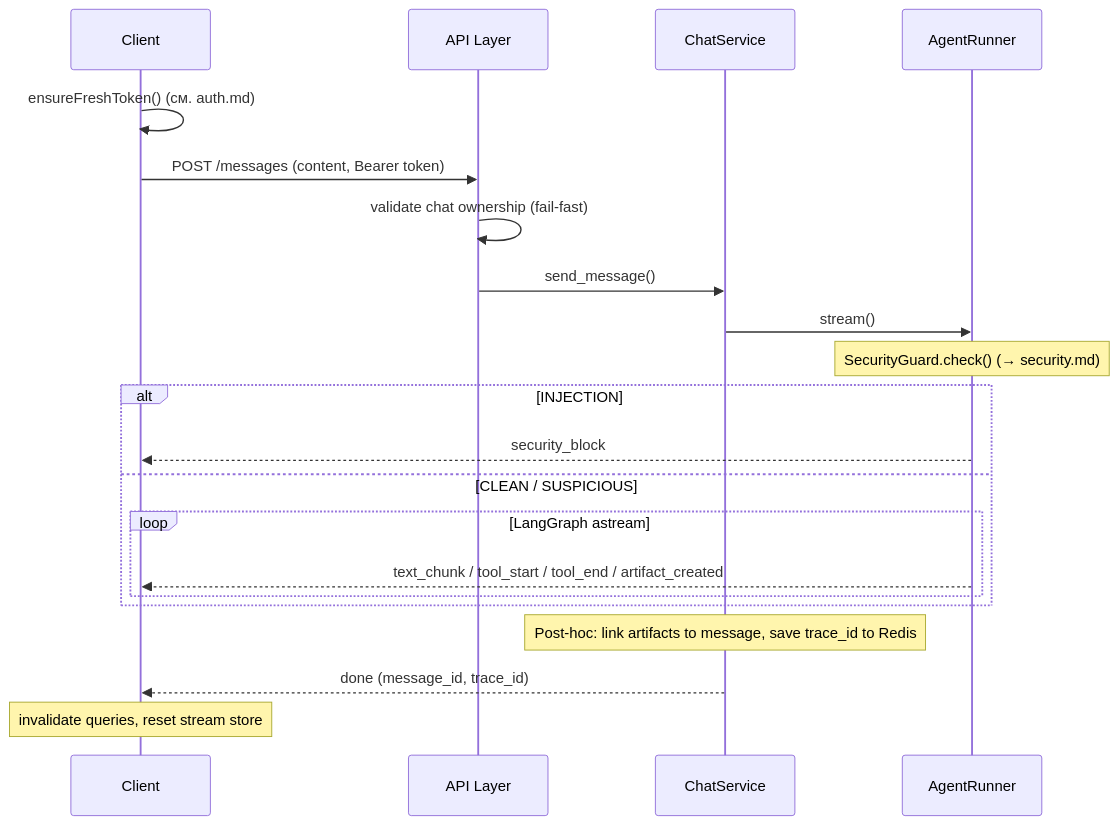
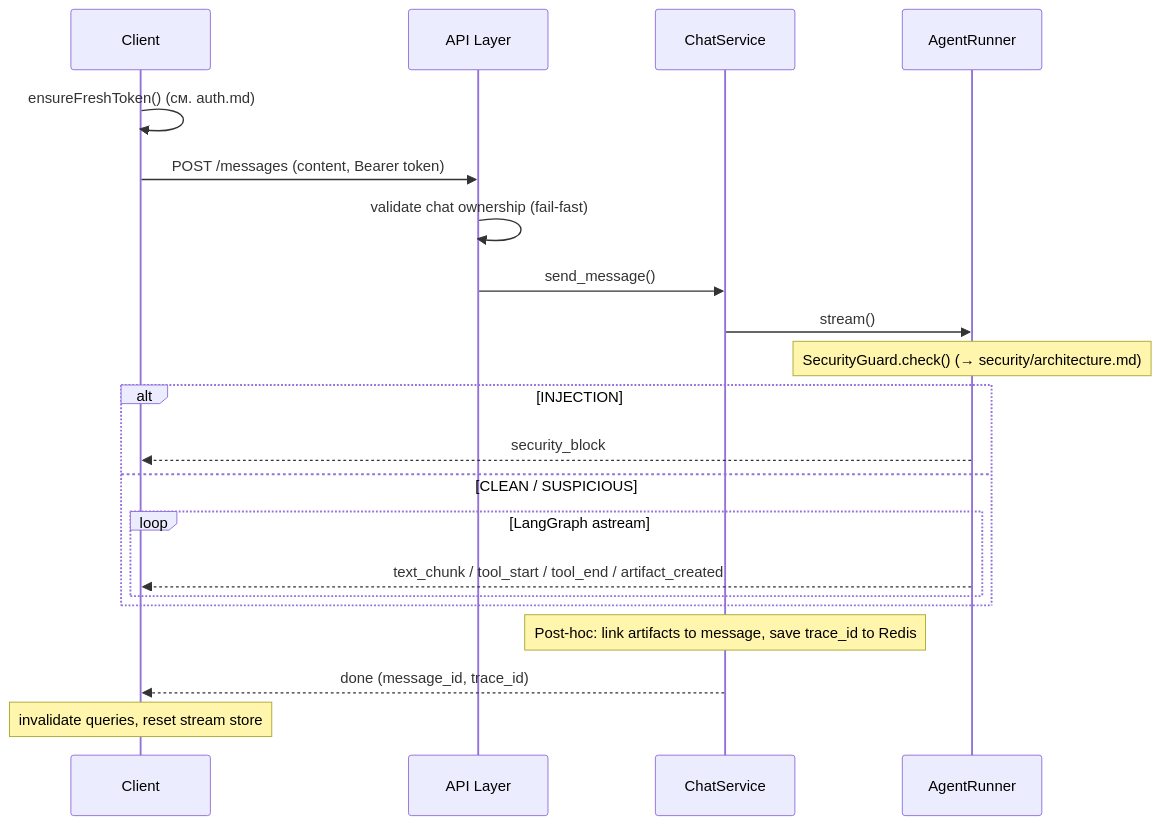
Before and after one commit to Bbar0n234/learnflow-ai: the first of 2 diagrams in doc/tech/streaming.md, drawn with Mermaid. The commit also changed other lines of this file and 22 other files, not shown here.

````diff
--- a/doc/tech/streaming.md
+++ b/doc/tech/streaming.md
@@ -38,27 +38,27 @@
 ```mermaid
 sequenceDiagram
     participant C as Client
     participant API as API Layer
     participant SVC as ChatService
     participant AGT as AgentRunner
 
     C->>C: ensureFreshToken() (см. auth.md)
     C->>API: POST /messages (content, Bearer token)
     API->>API: validate chat ownership (fail-fast)
     API->>SVC: send_message()
     SVC->>AGT: stream()
 
-    Note over AGT: SecurityGuard.check() (→ security.md)
+    Note over AGT: SecurityGuard.check() (→ security/architecture.md)
     alt INJECTION
         AGT-->>C: security_block
     else CLEAN / SUSPICIOUS
         loop LangGraph astream
             AGT-->>C: text_chunk / tool_start / tool_end / artifact_created
         end
     end
 
     Note over SVC: Post-hoc: link artifacts to message, save trace_id to Redis
     SVC-->>C: done (message_id, trace_id)
 
     Note over C: invalidate queries, reset stream store
 ```
````
